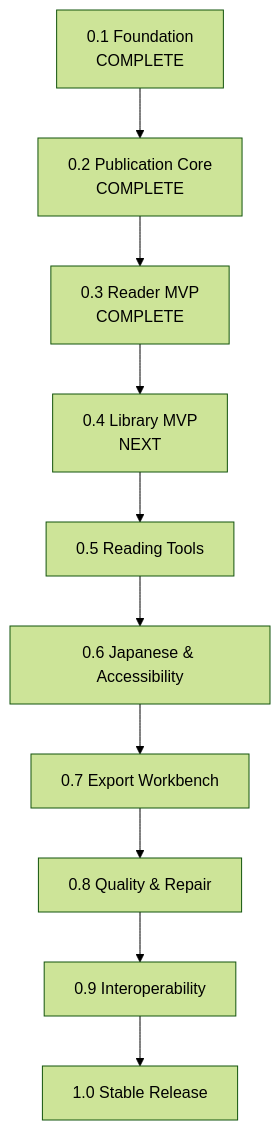
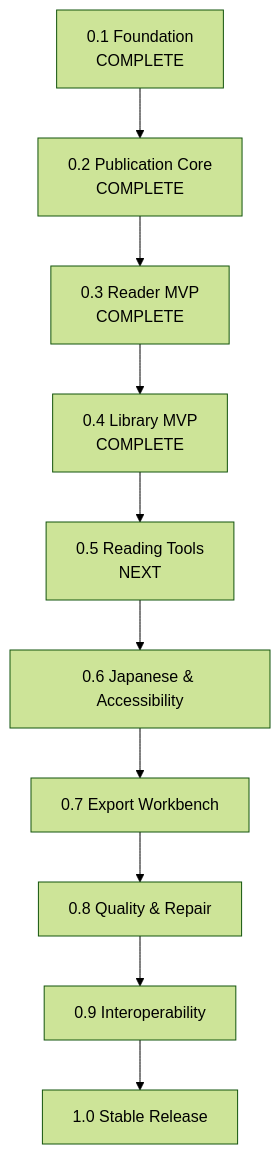
One commit to bosatsu25/ReflowPress changed the diagram in docs/roadmap.md. Above: the diagram before and after it, drawn with Mermaid (forest theme). The commit also changed other lines of this file and 5 other files, not shown here.

Commit message:
docs: add ADR 0004 and update architecture, roadmap, and test strategy

````diff
--- a/docs/roadmap.md
+++ b/docs/roadmap.md
@@ -14,12 +14,12 @@
 ```mermaid
 flowchart TD
     M01[0.1 Foundation<br/>COMPLETE] --> M02[0.2 Publication Core<br/>COMPLETE]
     M02 --> M03[0.3 Reader MVP<br/>COMPLETE]
-    M03 --> M04[0.4 Library MVP<br/>NEXT]
-    M04 --> M05[0.5 Reading Tools]
+    M03 --> M04[0.4 Library MVP<br/>COMPLETE]
+    M04 --> M05[0.5 Reading Tools<br/>NEXT]
     M05 --> M06[0.6 Japanese & Accessibility]
     M06 --> M07[0.7 Export Workbench]
     M07 --> M08[0.8 Quality & Repair]
     M08 --> M09[0.9 Interoperability]
     M09 --> M10[1.0 Stable Release]
 ```
````
